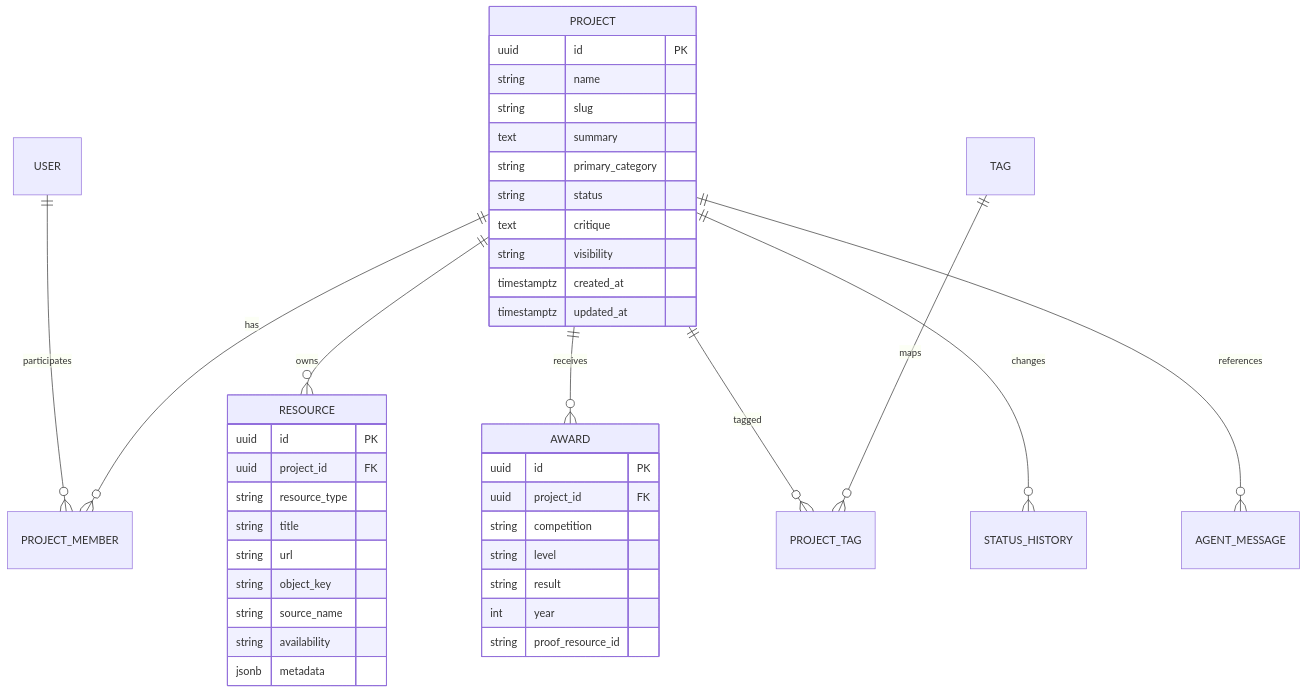
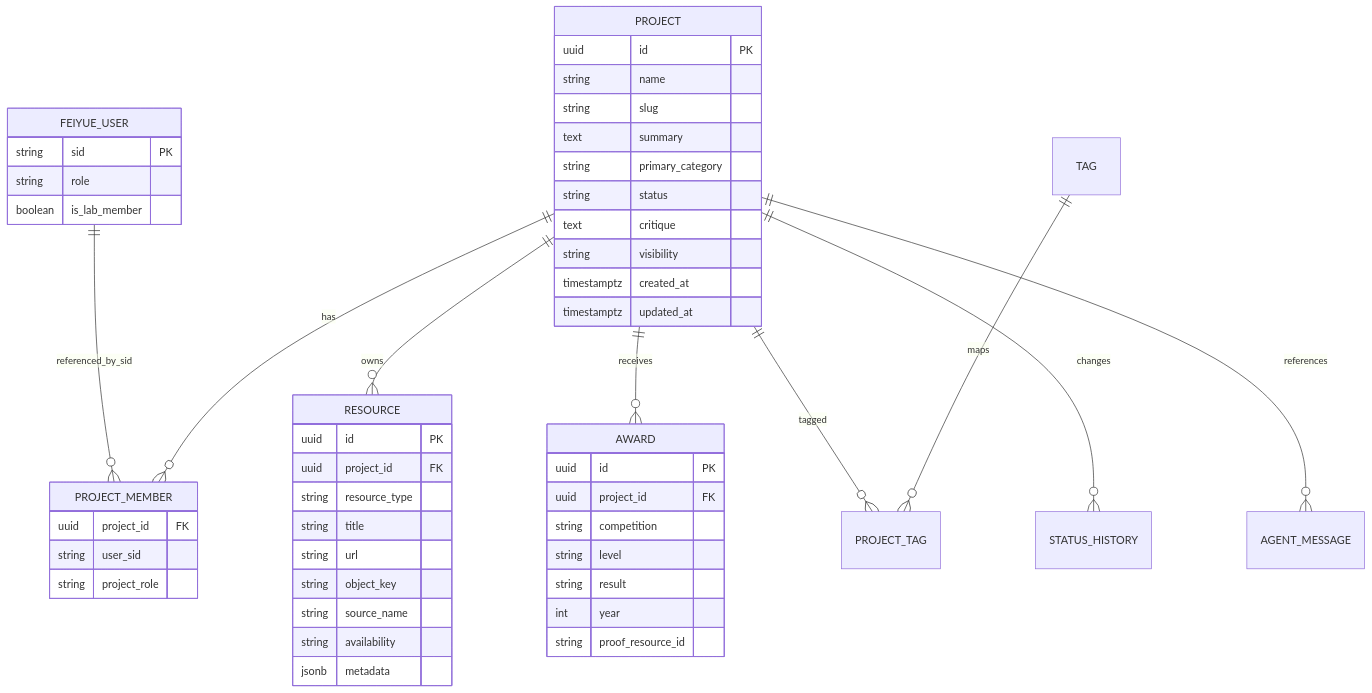
Before and after one commit to winbeau/xju-icthub: the first of 2 diagrams in docs/项目开题文档.md, drawn with Mermaid. The commit also changed other lines of this file and 4 other files, not shown here.

````diff
--- a/docs/项目开题文档.md
+++ b/docs/项目开题文档.md
@@ -128,44 +128,54 @@
 ```mermaid
 erDiagram
-  USER ||--o{ PROJECT_MEMBER : participates
+  FEIYUE_USER ||--o{ PROJECT_MEMBER : referenced_by_sid
   PROJECT ||--o{ PROJECT_MEMBER : has
   PROJECT ||--o{ RESOURCE : owns
   PROJECT ||--o{ AWARD : receives
   PROJECT ||--o{ PROJECT_TAG : tagged
   TAG ||--o{ PROJECT_TAG : maps
   PROJECT ||--o{ STATUS_HISTORY : changes
   PROJECT ||--o{ AGENT_MESSAGE : references
 
+  FEIYUE_USER {
+    string sid PK
+    string role
+    boolean is_lab_member
+  }
+  PROJECT_MEMBER {
+    uuid project_id FK
+    string user_sid
+    string project_role
+  }
   PROJECT {
     uuid id PK
     string name
     string slug
     text summary
     string primary_category
     string status
     text critique
     string visibility
     timestamptz created_at
     timestamptz updated_at
   }
   RESOURCE {
     uuid id PK
     uuid project_id FK
     string resource_type
     string title
     string url
     string object_key
     string source_name
     string availability
     jsonb metadata
   }
   AWARD {
     uuid id PK
     uuid project_id FK
     string competition
     string level
     string result
     int year
     string proof_resource_id
   }
 ```
````
